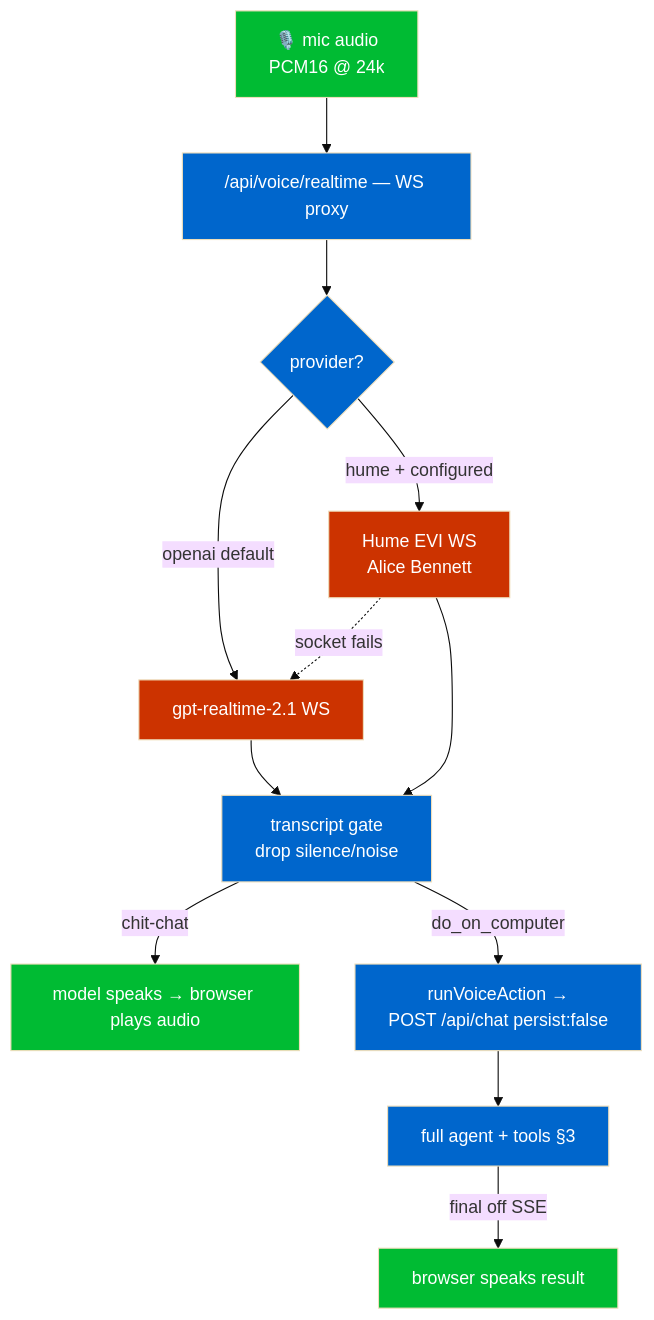
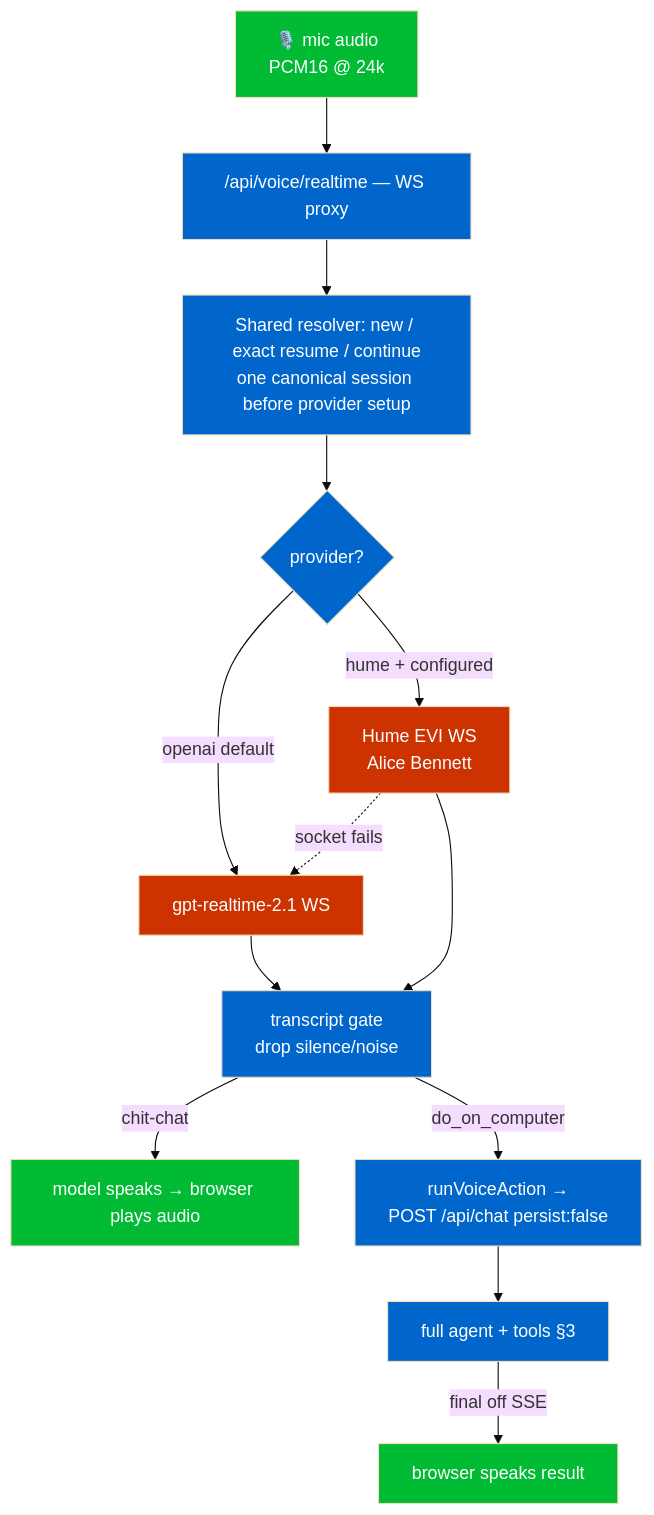
Before and after one commit to NikoloziGagua/AVA: the sixth of 8 diagrams in docs/ARCHITECTURE.md, drawn with Mermaid (base theme). The commit also changed other lines of this file and 26 other files, not shown here.

````diff
--- a/docs/ARCHITECTURE.md
+++ b/docs/ARCHITECTURE.md
@@ -319,19 +321,20 @@
 ```mermaid
 flowchart TB
   mic[🎙️ mic audio<br/>PCM16 @ 24k]:::client
   proxy["/api/voice/realtime — WS proxy"]:::server
   mic --> proxy
-  proxy --> branch{provider?}:::server
+  proxy --> bind["Shared resolver: new / exact resume / continue<br/>one canonical session before provider setup"]:::server
+  bind --> branch{provider?}:::server
   branch -->|openai default| oai[gpt-realtime-2.1 WS]:::paid
   branch -->|hume + configured| hume[Hume EVI WS<br/>Alice Bennett]:::paid
   hume -. socket fails .-> oai
   oai --> gate[transcript gate<br/>drop silence/noise]:::server
   hume --> gate
   gate -->|chit-chat| speak[model speaks → browser plays audio]:::client
   gate -->|do_on_computer| handoff[runVoiceAction →<br/>POST /api/chat persist:false]:::server
   handoff --> agent[full agent + tools §3]:::server
   agent -->|final off SSE| tts[browser speaks result]:::client
   classDef client fill:#0b3,color:#fff
   classDef server fill:#06c,color:#fff
   classDef paid fill:#c30,color:#fff
 ```
````
